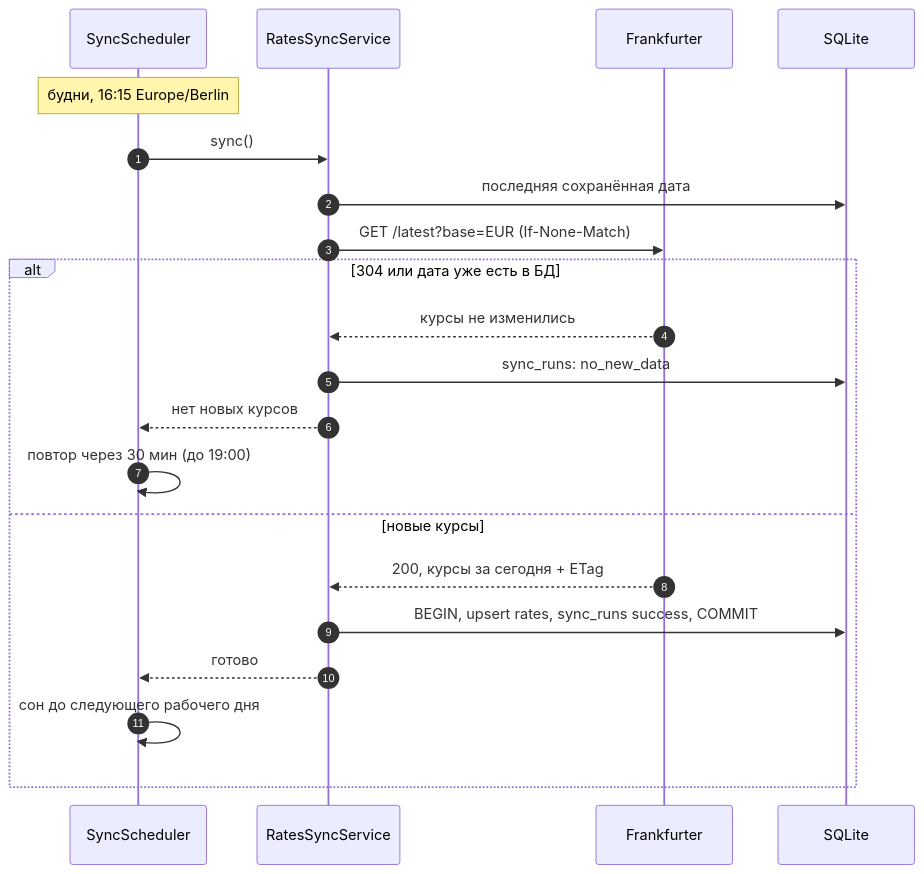
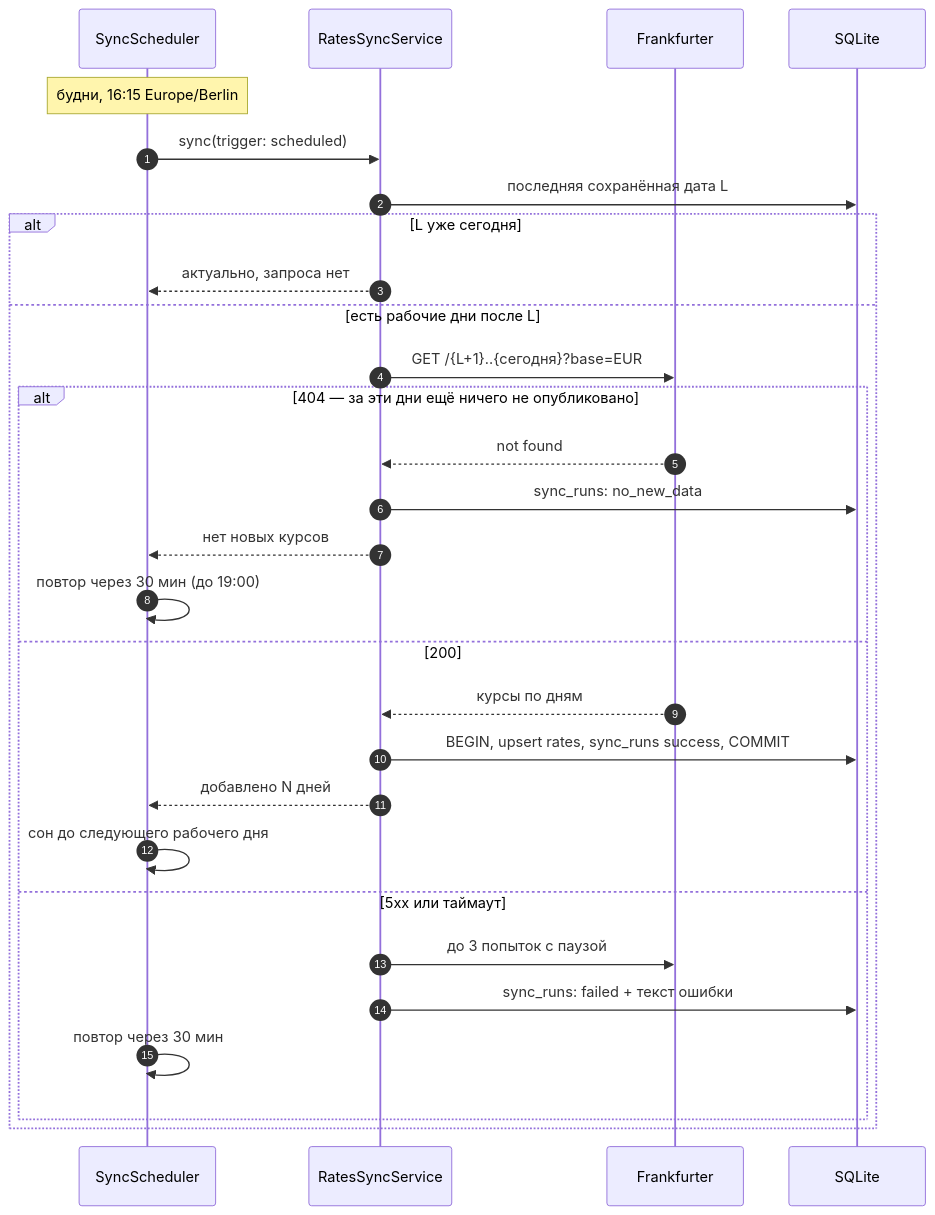
One commit to edwardjelenski/currency-converter changed the third of 7 diagrams in docs/architecture.md. Above: the diagram before and after it, drawn with Mermaid. The commit also changed other lines of this file and 6 other files, not shown here.

````diff
--- a/docs/architecture.md
+++ b/docs/architecture.md
@@ -358,24 +398,32 @@
 ```mermaid
 sequenceDiagram
     autonumber
     participant S as SyncScheduler
     participant Y as RatesSyncService
     participant U as Frankfurter
     participant D as SQLite
 
     Note over S: будни, 16:15 Europe/Berlin
-    S->>Y: sync()
-    Y->>D: последняя сохранённая дата
-    Y->>U: GET /latest?base=EUR (If-None-Match)
-    alt 304 или дата уже есть в БД
-        U-->>Y: курсы не изменились
-        Y->>D: sync_runs: no_new_data
-        Y-->>S: нет новых курсов
-        S->>S: повтор через 30 мин (до 19:00)
-    else новые курсы
-        U-->>Y: 200, курсы за сегодня + ETag
-        Y->>D: BEGIN, upsert rates, sync_runs success, COMMIT
-        Y-->>S: готово
-        S->>S: сон до следующего рабочего дня
+    S->>Y: sync(trigger: scheduled)
+    Y->>D: последняя сохранённая дата L
+    alt L уже сегодня
+        Y-->>S: актуально, запроса нет
+    else есть рабочие дни после L
+        Y->>U: GET /{L+1}..{сегодня}?base=EUR
+        alt 404 — за эти дни ещё ничего не опубликовано
+            U-->>Y: not found
+            Y->>D: sync_runs: no_new_data
+            Y-->>S: нет новых курсов
+            S->>S: повтор через 30 мин (до 19:00)
+        else 200
+            U-->>Y: курсы по дням
+            Y->>D: BEGIN, upsert rates, sync_runs success, COMMIT
+            Y-->>S: добавлено N дней
+            S->>S: сон до следующего рабочего дня
+        else 5xx или таймаут
+            Y->>U: до 3 попыток с паузой
+            Y->>D: sync_runs: failed + текст ошибки
+            S->>S: повтор через 30 мин
+        end
     end
 ```
````
